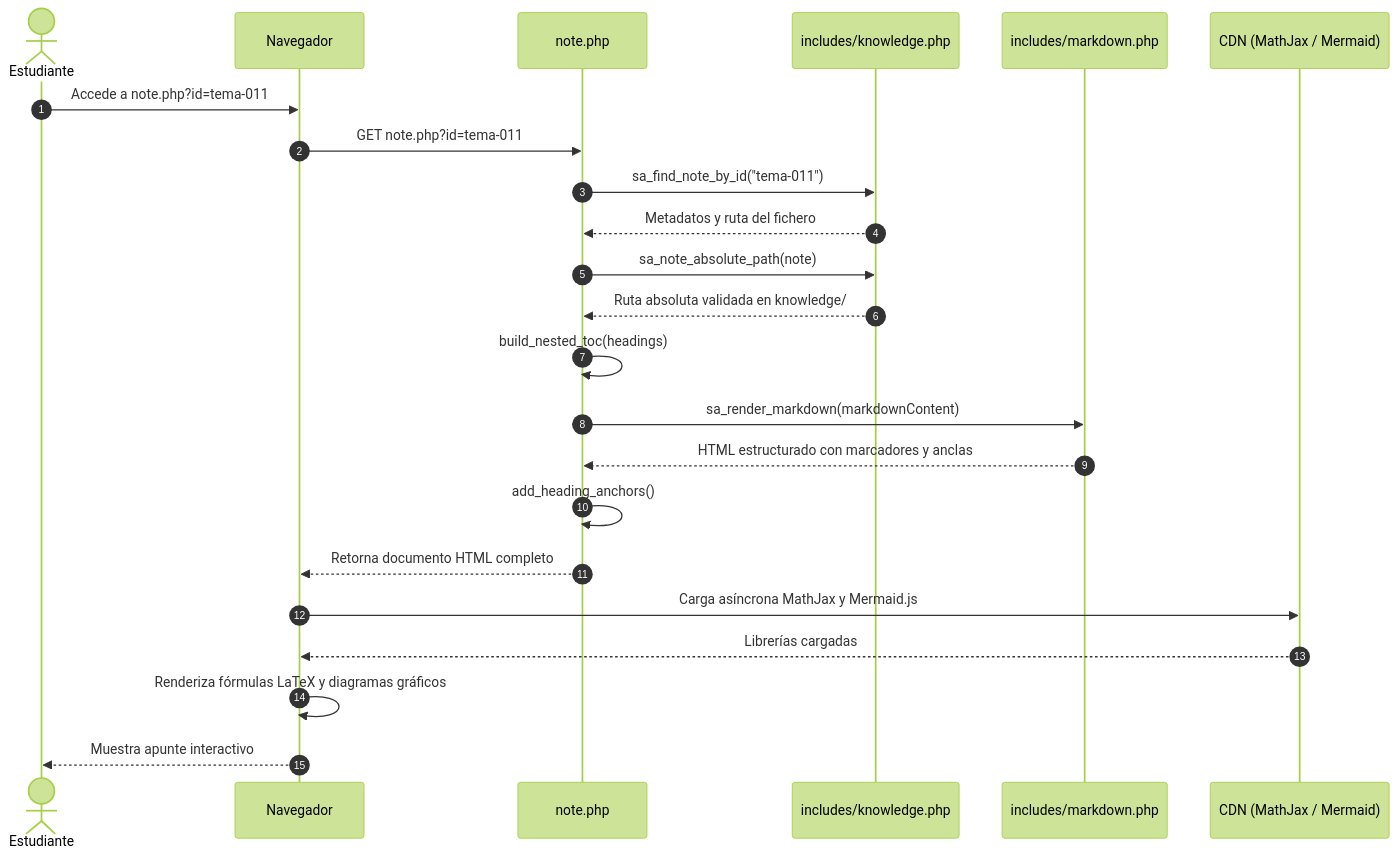
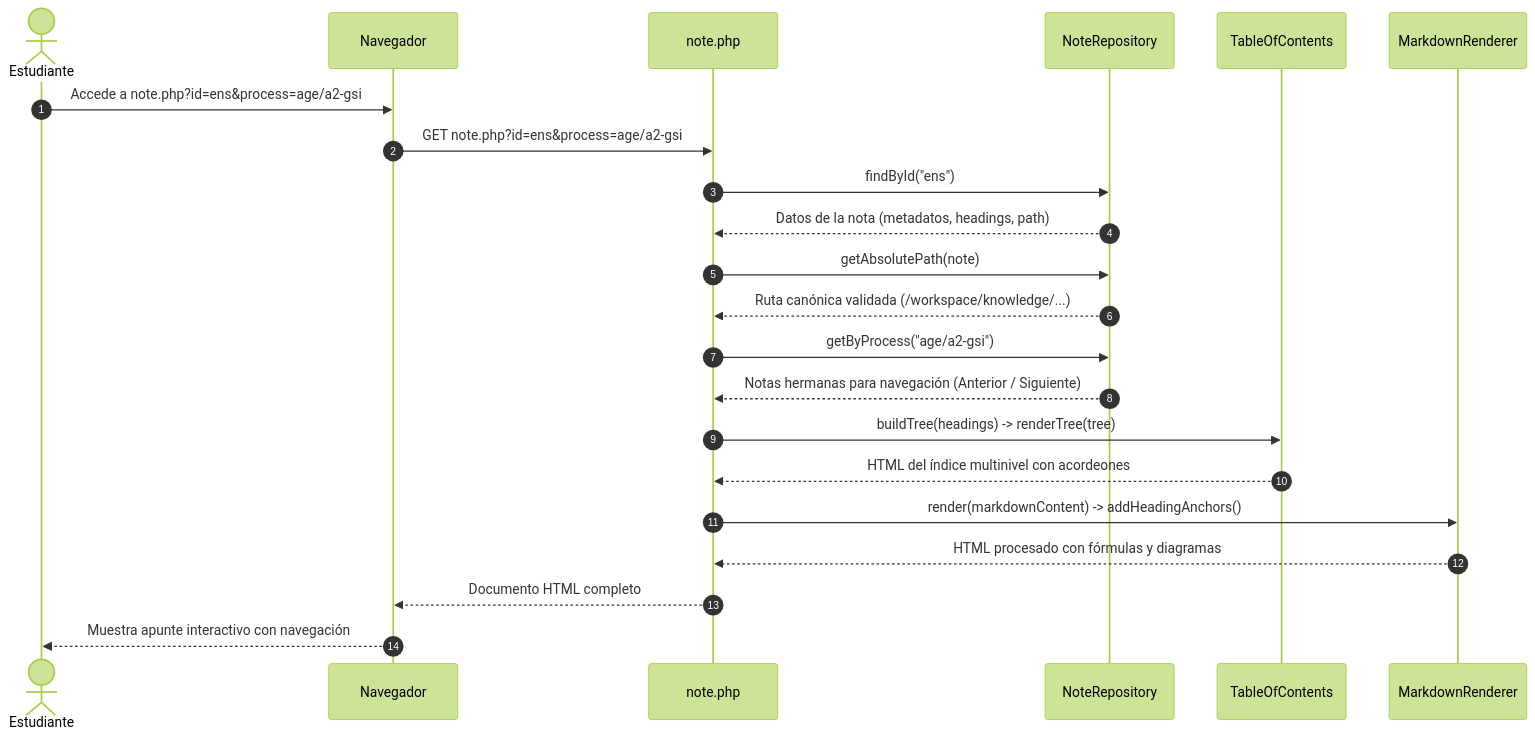
Before and after one commit to carmenales/preparaopos: the second of 3 diagrams in apps/studyassistant/ARCHITECTURE.md, drawn with Mermaid (forest theme). The commit also changed other lines of this file, not shown here.

Commit message:
docs: update architecture study assistant app info

````diff
--- a/apps/studyassistant/ARCHITECTURE.md
+++ b/apps/studyassistant/ARCHITECTURE.md
@@ -195,26 +178,25 @@
 ```mermaid
 sequenceDiagram
     autonumber
     actor Usuario as Estudiante
     participant Browser as Navegador
     participant NotePHP as note.php
-    participant Knowledge as includes/knowledge.php
-    participant Markdown as includes/markdown.php
-    participant CDN as CDN (MathJax / Mermaid)
+    participant Repo as NoteRepository
+    participant TOC as TableOfContents
+    participant Markdown as MarkdownRenderer
 
-    Usuario->>Browser: Accede a note.php?id=tema-011
-    Browser->>NotePHP: GET note.php?id=tema-011
-    NotePHP->>Knowledge: sa_find_note_by_id("tema-011")
-    Knowledge-->>NotePHP: Metadatos y ruta del fichero
-    NotePHP->>Knowledge: sa_note_absolute_path(note)
-    Knowledge-->>NotePHP: Ruta absoluta validada en knowledge/
-    NotePHP->>NotePHP: build_nested_toc(headings)
-    NotePHP->>Markdown: sa_render_markdown(markdownContent)
-    Markdown-->>NotePHP: HTML estructurado con marcadores y anclas
-    NotePHP->>NotePHP: add_heading_anchors()
-    NotePHP-->>Browser: Retorna documento HTML completo
-    Browser->>CDN: Carga asíncrona MathJax y Mermaid.js
-    CDN-->>Browser: Librerías cargadas
-    Browser->>Browser: Renderiza fórmulas LaTeX y diagramas gráficos
-    Browser-->>Usuario: Muestra apunte interactivo
+    Usuario->>Browser: Accede a note.php?id=ens&process=age/a2-gsi
+    Browser->>NotePHP: GET note.php?id=ens&process=age/a2-gsi
+    NotePHP->>Repo: findById("ens")
+    Repo-->>NotePHP: Datos de la nota (metadatos, headings, path)
+    NotePHP->>Repo: getAbsolutePath(note)
+    Repo-->>NotePHP: Ruta canónica validada (/workspace/knowledge/...)
+    NotePHP->>Repo: getByProcess("age/a2-gsi")
+    Repo-->>NotePHP: Notas hermanas para navegación (Anterior / Siguiente)
+    NotePHP->>TOC: buildTree(headings) -> renderTree(tree)
+    TOC-->>NotePHP: HTML del índice multinivel con acordeones
+    NotePHP->>Markdown: render(markdownContent) -> addHeadingAnchors()
+    Markdown-->>NotePHP: HTML procesado con fórmulas y diagramas
+    NotePHP-->>Browser: Documento HTML completo
+    Browser-->>Usuario: Muestra apunte interactivo con navegación
 ```
````
